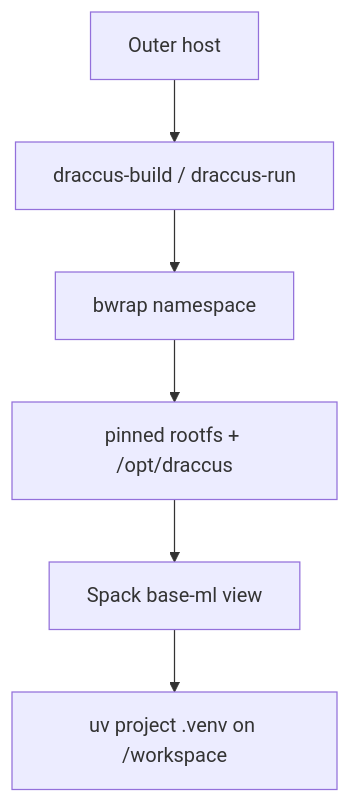
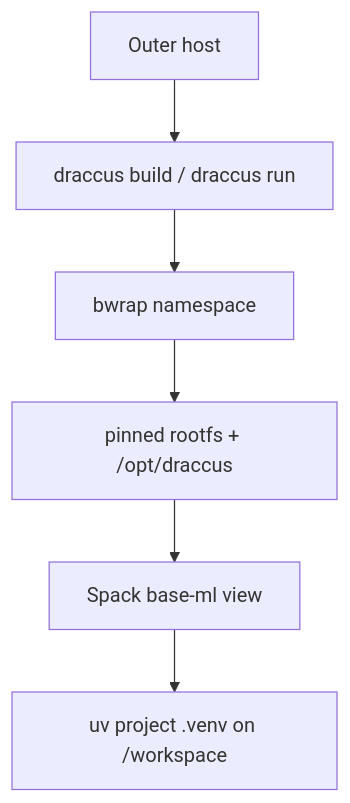
The diagram in DESIGN.md (phi9t/draccus), drawn with Mermaid before and after one commit. The commit also changed other lines of this file and 33 other files, not shown here.

````diff
--- a/DESIGN.md
+++ b/DESIGN.md
@@ -31,8 +31,8 @@
 ```mermaid
 flowchart TD
-    A[Outer host] --> B[draccus-build / draccus-run]
+    A[Outer host] --> B[draccus build / draccus run]
     B --> C[bwrap namespace]
     C --> D[pinned rootfs + /opt/draccus]
     D --> E[Spack base-ml view]
     E --> F[uv project .venv on /workspace]
 ```
````
